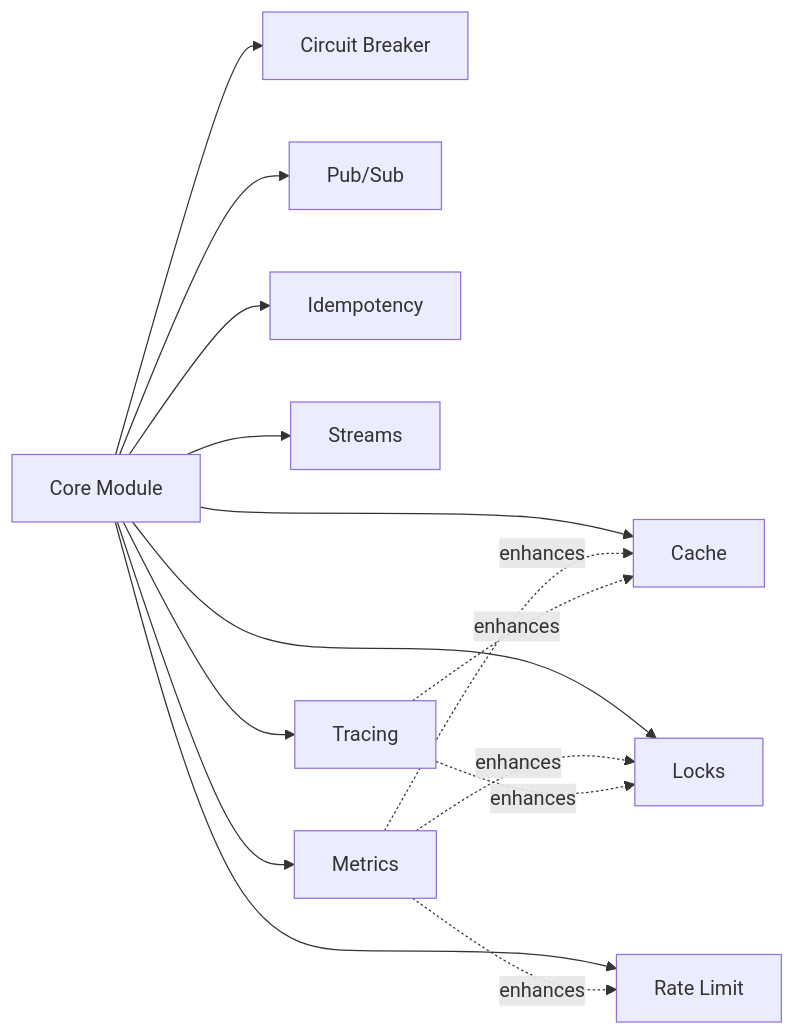
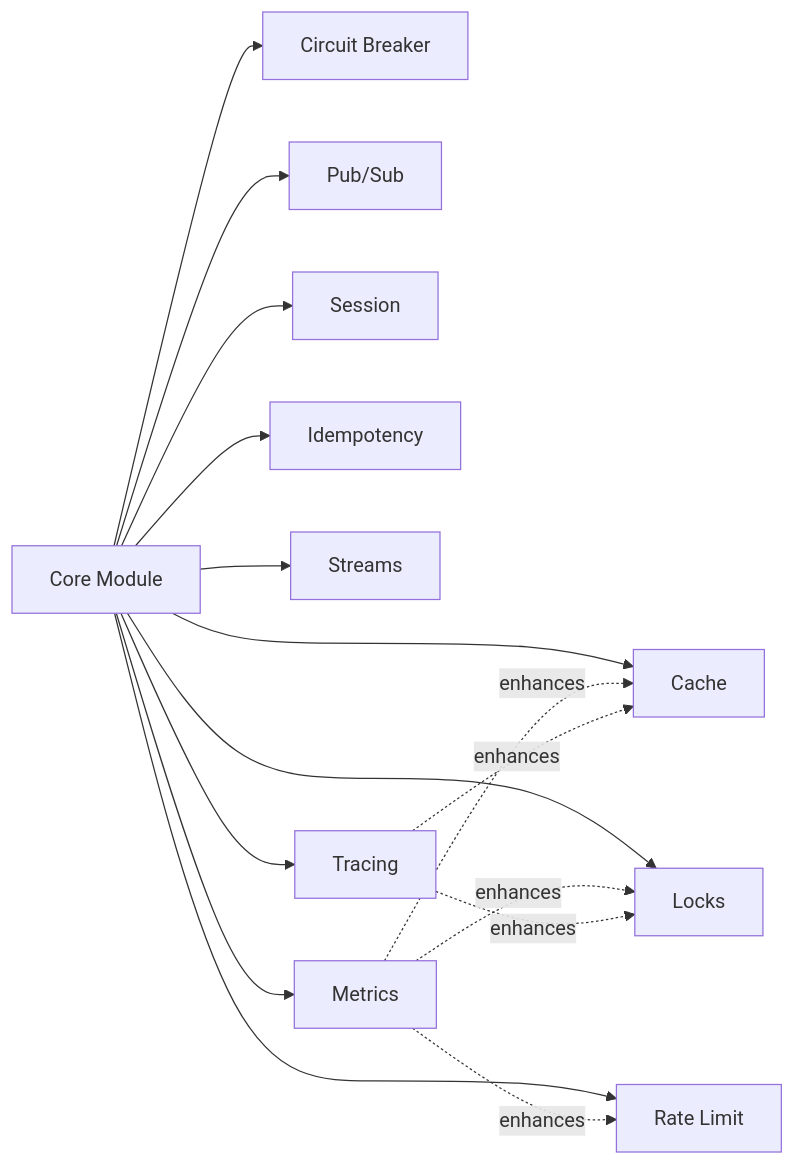
Before and after one commit to nestjs-redisx/nestjs-redisx: the second of 2 diagrams in website/en/guide/decision-guide.md, drawn with Mermaid. The commit also changed other lines of this file and 37 other files, not shown here.

````diff
--- a/website/en/guide/decision-guide.md
+++ b/website/en/guide/decision-guide.md
@@ -112,18 +113,19 @@
 ```mermaid
 graph LR
     Core[Core Module] --> Cache
     Core --> Locks
     Core --> RateLimit[Rate Limit]
     Core --> CircuitBreaker[Circuit Breaker]
     Core --> PubSub[Pub/Sub]
+    Core --> Session[Session]
     Core --> Idempotency
     Core --> Streams
     Core --> Metrics
     Core --> Tracing
     
     Metrics -.->|enhances| Cache
     Metrics -.->|enhances| Locks
     Metrics -.->|enhances| RateLimit
     Tracing -.->|enhances| Cache
     Tracing -.->|enhances| Locks
 ```
````
